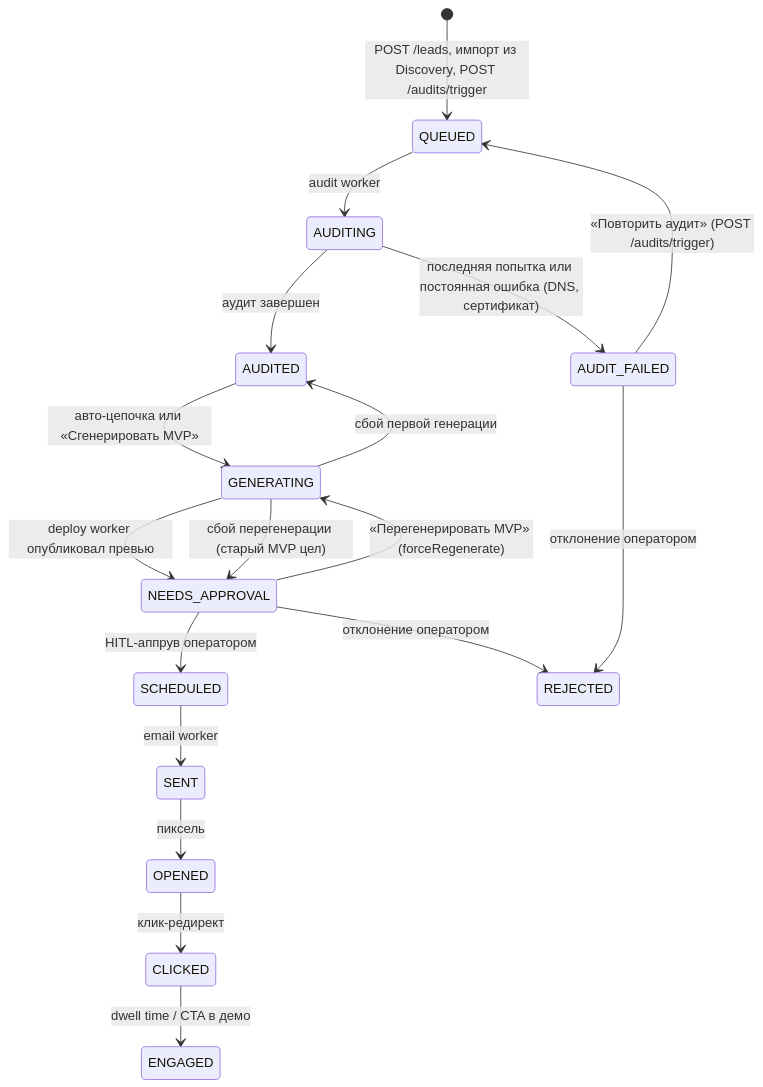
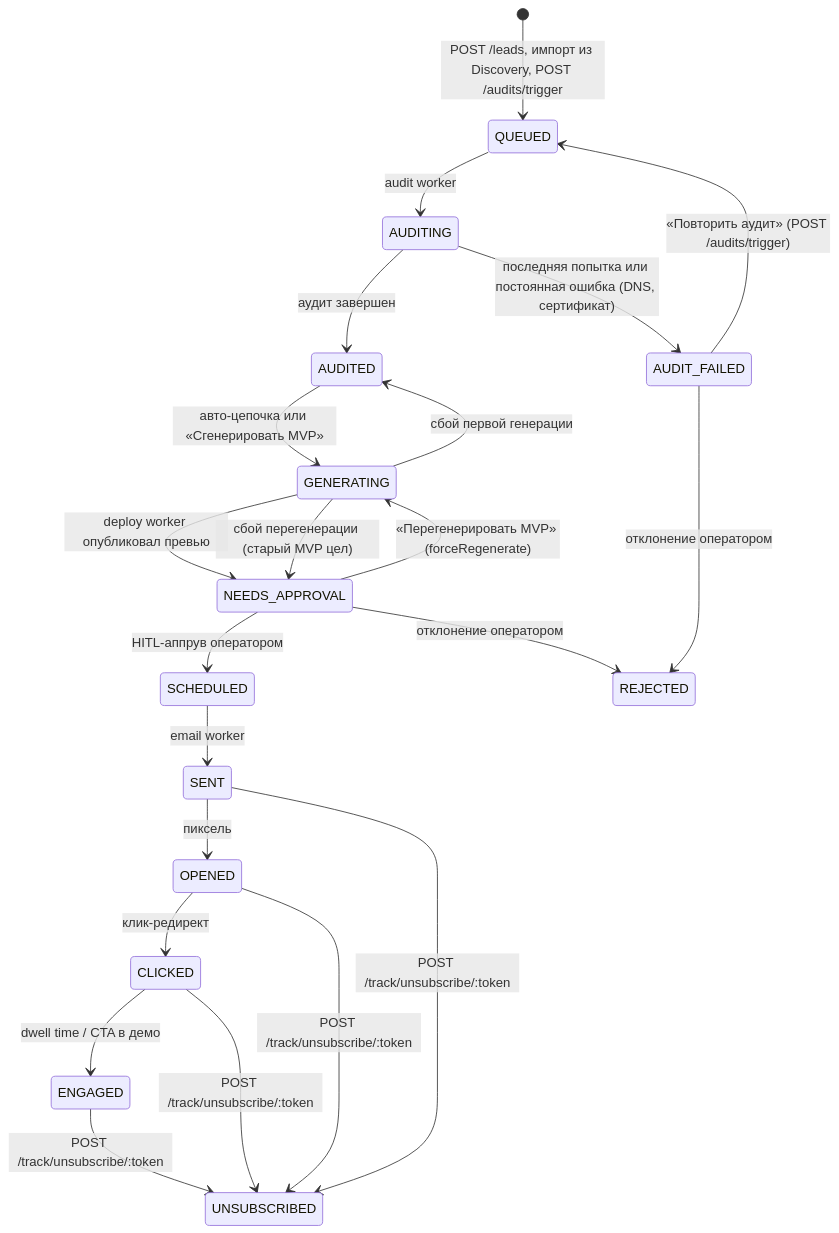
One commit to yurykurouski/revamp-docs changed the eighth of 10 diagrams in blueprint.md. Above: the diagram before and after it, drawn with Mermaid. The commit also changed other lines of this file and 2 other files, not shown here.

````diff
--- a/blueprint.md
+++ b/blueprint.md
@@ -545,20 +546,24 @@
 ```mermaid
 stateDiagram-v2
     [*] --> QUEUED: POST /leads, импорт из Discovery, POST /audits/trigger
     QUEUED --> AUDITING: audit worker
     AUDITING --> AUDITED: аудит завершен
     AUDITING --> AUDIT_FAILED: последняя попытка или постоянная ошибка (DNS, сертификат)
     AUDIT_FAILED --> QUEUED: «Повторить аудит» (POST /audits/trigger)
     AUDIT_FAILED --> REJECTED: отклонение оператором
     AUDITED --> GENERATING: авто-цепочка или «Сгенерировать MVP»
     GENERATING --> NEEDS_APPROVAL: deploy worker опубликовал превью
     GENERATING --> AUDITED: сбой первой генерации
     GENERATING --> NEEDS_APPROVAL: сбой перегенерации (старый MVP цел)
     NEEDS_APPROVAL --> GENERATING: «Перегенерировать MVP» (forceRegenerate)
     NEEDS_APPROVAL --> SCHEDULED: HITL-аппрув оператором
     NEEDS_APPROVAL --> REJECTED: отклонение оператором
     SCHEDULED --> SENT: email worker
     SENT --> OPENED: пиксель
     OPENED --> CLICKED: клик-редирект
     CLICKED --> ENGAGED: dwell time / CTA в демо
+    SENT --> UNSUBSCRIBED: POST /track/unsubscribe/:token
+    OPENED --> UNSUBSCRIBED: POST /track/unsubscribe/:token
+    CLICKED --> UNSUBSCRIBED: POST /track/unsubscribe/:token
+    ENGAGED --> UNSUBSCRIBED: POST /track/unsubscribe/:token
 ```
````
